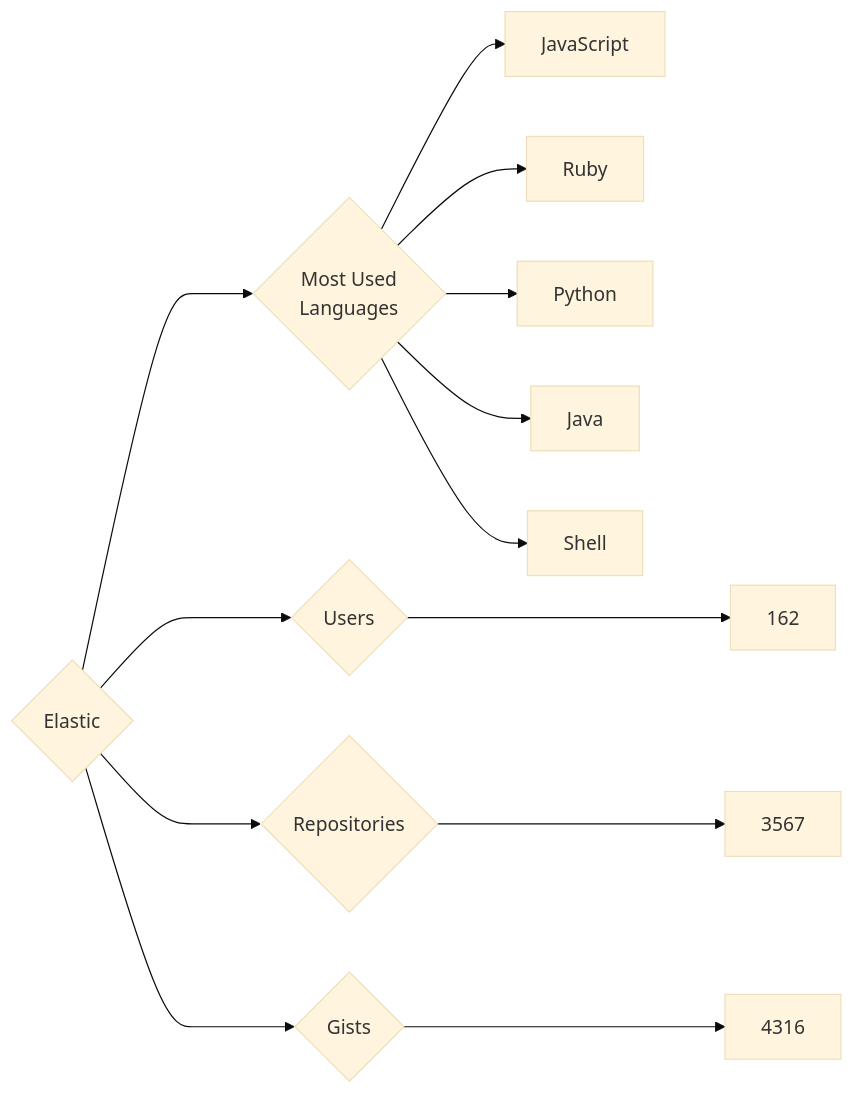
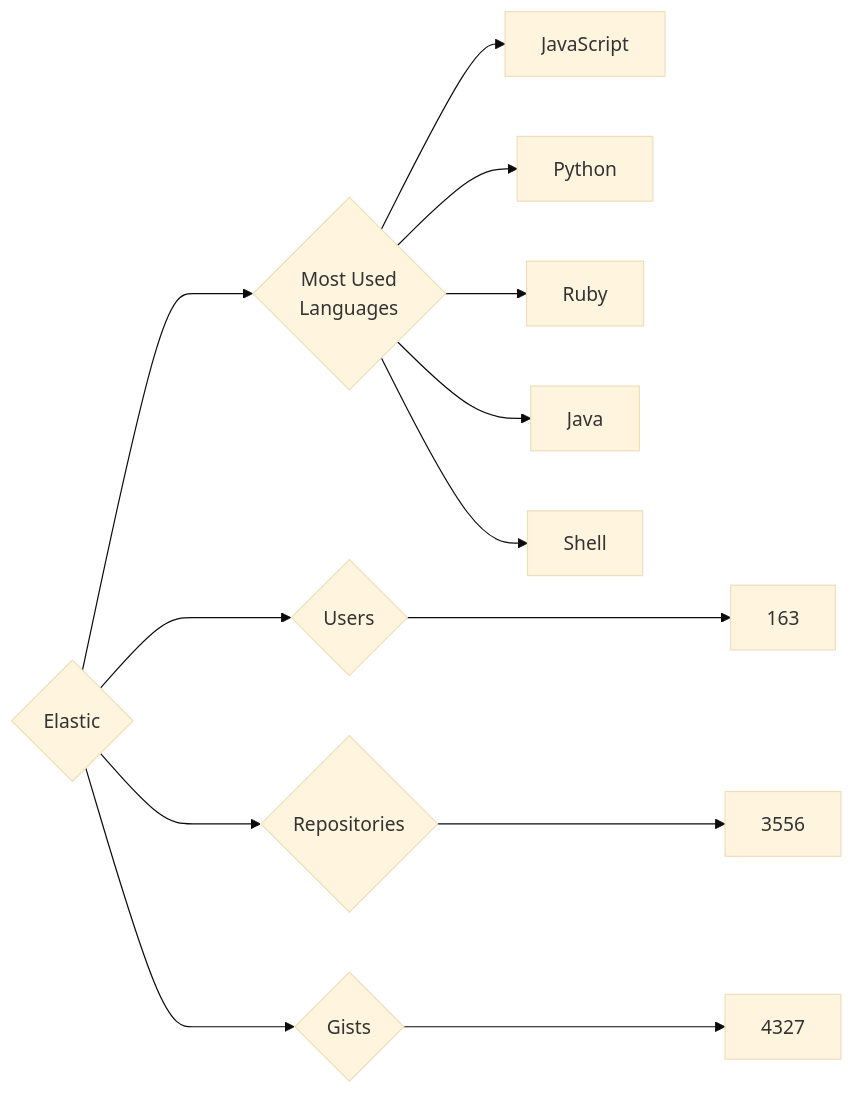
Before and after one commit to trickest/insiders: the diagram in targets/Elastic/README.md, drawn with Mermaid (base theme). The commit also changed 894 other files, not shown here.

````diff
--- a/targets/Elastic/README.md
+++ b/targets/Elastic/README.md
@@ -3,13 +3,13 @@
 ```mermaid
 graph LR
 COMPANY_NAME{Elastic}
-COMPANY_NAME ---> U{Users} ---> UN[162]
-COMPANY_NAME ---> R{Repositories} ---> RN[3567]
-COMPANY_NAME ---> G{Gists} ---> GN[4316]
+COMPANY_NAME ---> U{Users} ---> UN[163]
+COMPANY_NAME ---> R{Repositories} ---> RN[3556]
+COMPANY_NAME ---> G{Gists} ---> GN[4327]
 COMPANY_NAME ---> ML{Most Used<br>Languages}
 ML --> JavaScript[JavaScript]
+ML --> Python[Python]
 ML --> Ruby[Ruby]
-ML --> Python[Python]
 ML --> Java[Java]
 ML --> Shell[Shell]
 ```
````
